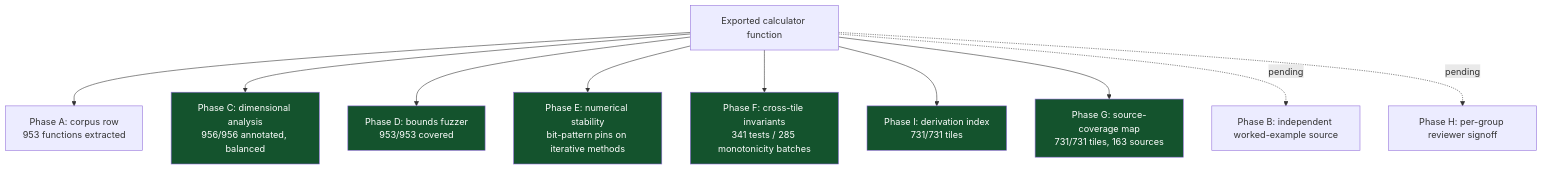
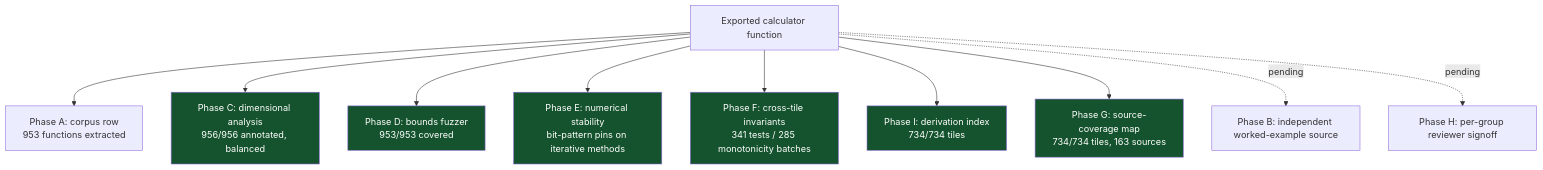
The sixth of 8 diagrams in README.md (clay-good/roughlogic.com), drawn with Mermaid before and after one commit. The commit also changed other lines of this file and 23 other files, not shown here.

````diff
--- a/README.md
+++ b/README.md
@@ -519,18 +519,18 @@
 ```mermaid
 flowchart TB
     F[Exported calculator function] --> A[Phase A: corpus row\n953 functions extracted]
     F --> C[Phase C: dimensional analysis\n956/956 annotated, balanced]
     F --> D[Phase D: bounds fuzzer\n953/953 covered]
     F --> E[Phase E: numerical stability\nbit-pattern pins on iterative methods]
     F --> Fa[Phase F: cross-tile invariants\n341 tests / 285 monotonicity batches]
-    F --> I[Phase I: derivation index\n731/731 tiles]
-    F --> G[Phase G: source-coverage map\n731/731 tiles, 163 sources]
+    F --> I[Phase I: derivation index\n734/734 tiles]
+    F --> G[Phase G: source-coverage map\n734/734 tiles, 163 sources]
     F -.pending.-> B[Phase B: independent worked-example source]
     F -.pending.-> H[Phase H: per-group reviewer signoff]
     style C fill:#14532d,color:#fff
     style D fill:#14532d,color:#fff
     style E fill:#14532d,color:#fff
     style Fa fill:#14532d,color:#fff
     style G fill:#14532d,color:#fff
     style I fill:#14532d,color:#fff
 ```
````
